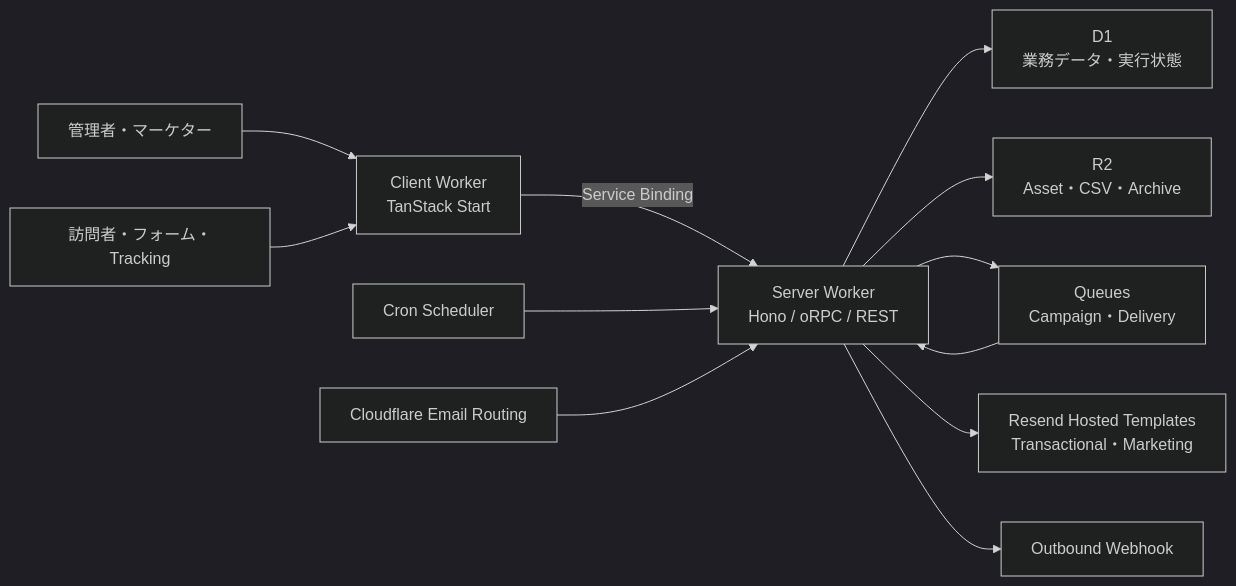
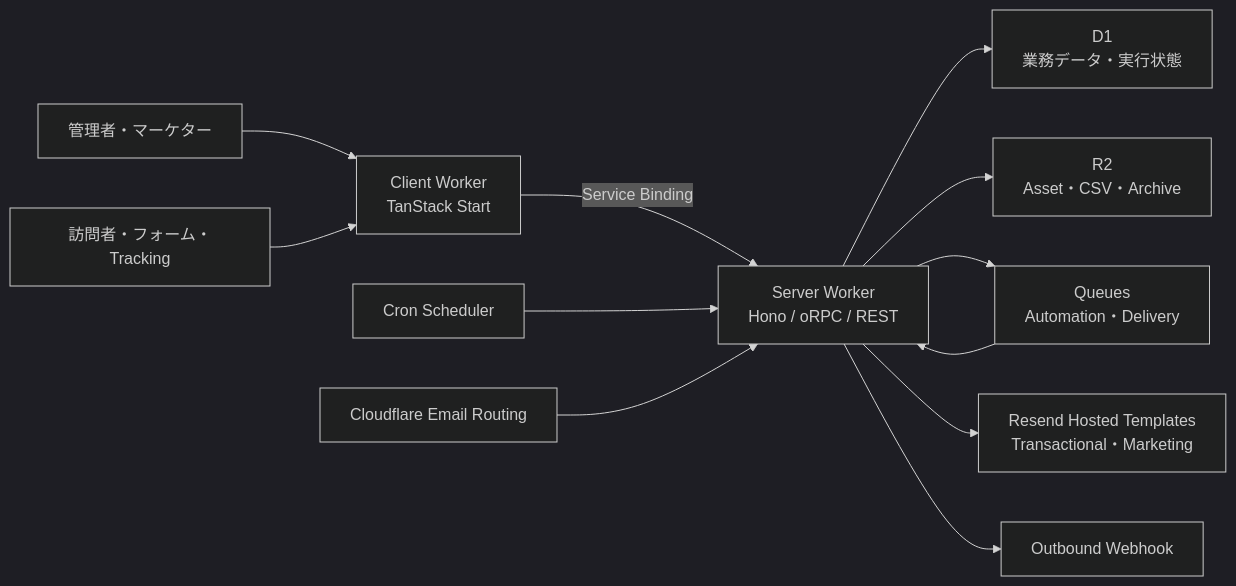
The diagram in README.md (martech-oss/kaen-ma), drawn with Mermaid (dark theme) before and after one commit. The commit also changed other lines of this file and 16 other files, not shown here.

````diff
--- a/README.md
+++ b/README.md
@@ -38,14 +38,14 @@
 ```mermaid
 flowchart LR
     A["管理者・マーケター"] --> C["Client Worker<br>TanStack Start"]
     V["訪問者・フォーム・Tracking"] --> C
     C -->|"Service Binding"| S["Server Worker<br>Hono / oRPC / REST"]
     CR["Cron Scheduler"] --> S
     S --> D["D1<br>業務データ・実行状態"]
     S --> R["R2<br>Asset・CSV・Archive"]
-    S --> Q["Queues<br>Campaign・Delivery"]
+    S --> Q["Queues<br>Automation・Delivery"]
     Q --> S
     S --> RE["Resend Hosted Templates<br>Transactional・Marketing"]
     S --> WH["Outbound Webhook"]
     ER["Cloudflare Email Routing"] --> S
 ```
````
